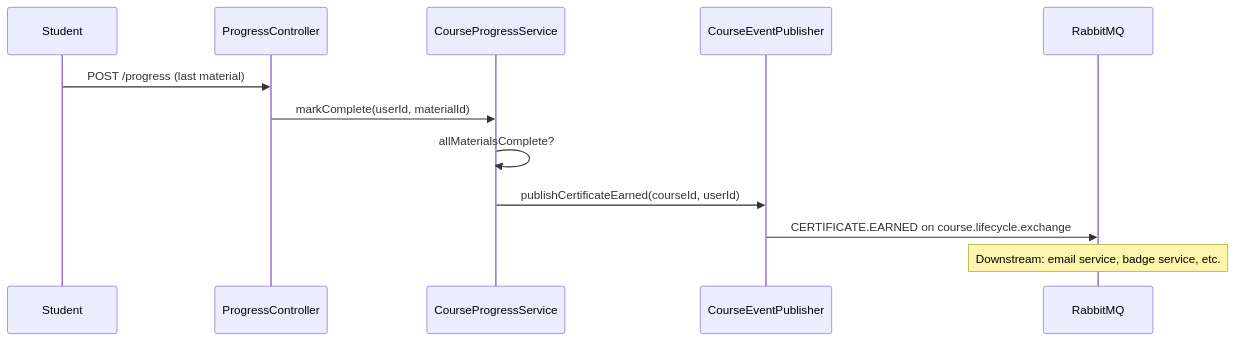
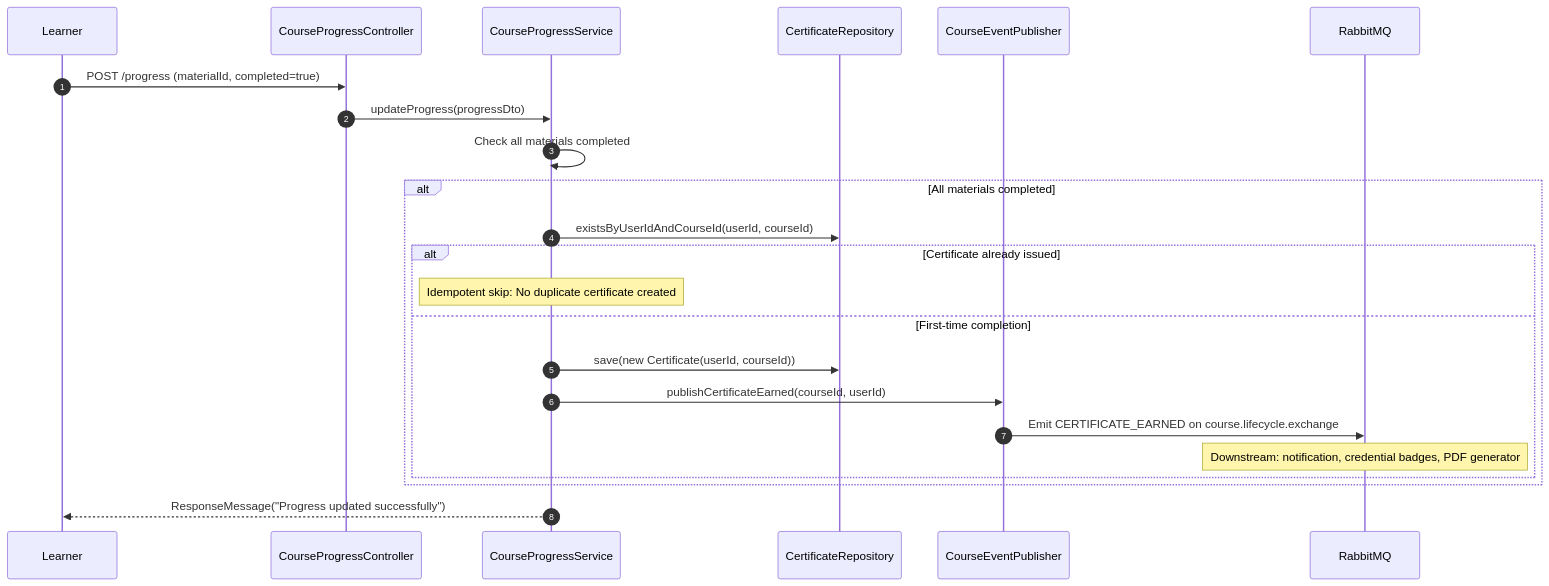
Before and after one commit to byte2code/course-service: the fifth of 8 diagrams in README.md, drawn with Mermaid. The commit also changed other lines of this file, not shown here.

Commit message:
docs: enrich README with architecture, caching, N+1 optimization, and sequence diagrams

````diff
--- a/README.md
+++ b/README.md
@@ -203,15 +282,26 @@
 ```mermaid
 sequenceDiagram
-    participant Student
-    participant ProgressController
-    participant CourseProgressService
-    participant CourseEventPublisher
-    participant RabbitMQ
+    autonumber
+    participant Learner
+    participant CPC as CourseProgressController
+    participant CPS as CourseProgressService
+    participant CertRepo as CertificateRepository
+    participant EventPub as CourseEventPublisher
+    participant Broker as RabbitMQ
 
-    Student->>ProgressController: POST /progress (last material)
-    ProgressController->>CourseProgressService: markComplete(userId, materialId)
-    CourseProgressService->>CourseProgressService: allMaterialsComplete?
-    CourseProgressService->>CourseEventPublisher: publishCertificateEarned(courseId, userId)
-    CourseEventPublisher->>RabbitMQ: CERTIFICATE.EARNED on course.lifecycle.exchange
-    Note over RabbitMQ: Downstream: email service, badge service, etc.
+    Learner->>CPC: POST /progress (materialId, completed=true)
+    CPC->>CPS: updateProgress(progressDto)
+    CPS->>CPS: Check all materials completed
+    alt All materials completed
+        CPS->>CertRepo: existsByUserIdAndCourseId(userId, courseId)
+        alt Certificate already issued
+            Note over CPS: Idempotent skip: No duplicate certificate created
+        else First-time completion
+            CPS->>CertRepo: save(new Certificate(userId, courseId))
+            CPS->>EventPub: publishCertificateEarned(courseId, userId)
+            EventPub->>Broker: Emit CERTIFICATE_EARNED on course.lifecycle.exchange
+            Note over Broker: Downstream: notification, credential badges, PDF generator
+        end
+    end
+    CPS-->>Learner: ResponseMessage("Progress updated successfully")
 ```
````
